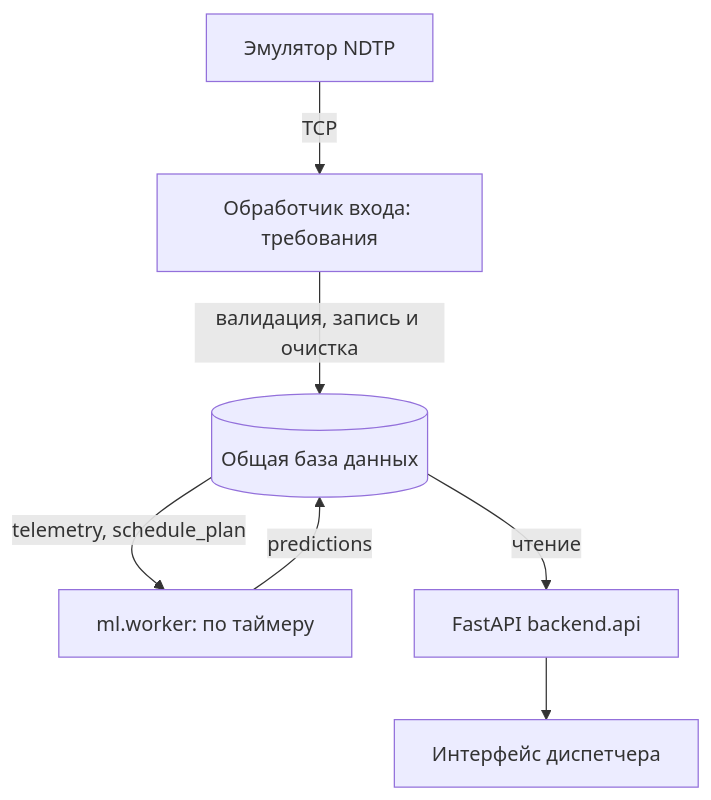
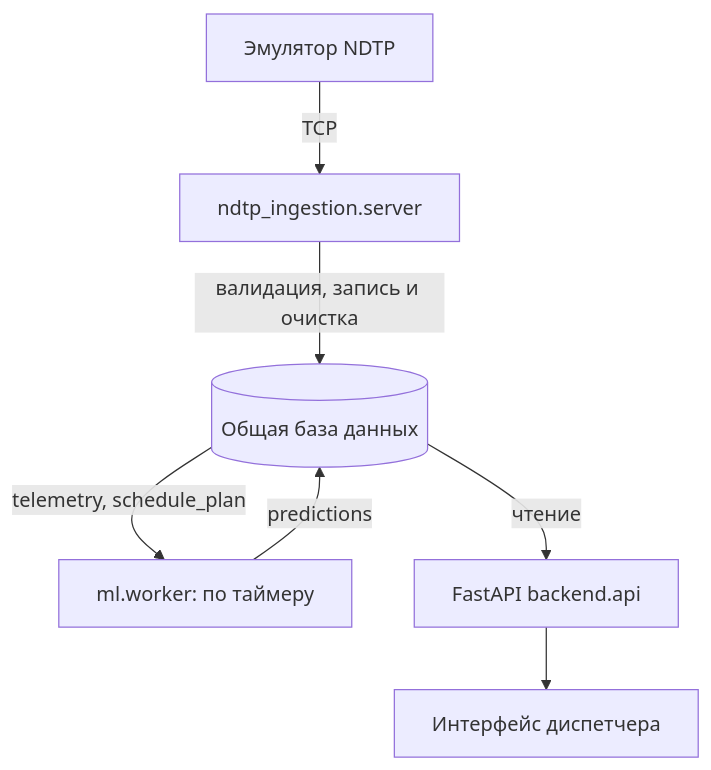
Before and after one commit to valentinesvev/delay_prediction_platform: the diagram in README.md, drawn with Mermaid. The commit also changed other lines of this file and 23 other files, not shown here.

````diff
--- a/README.md
+++ b/README.md
@@ -7,9 +7,9 @@
 ```mermaid
 flowchart TB
-    E["Эмулятор NDTP"] -->|TCP| I["Обработчик входа: требования"]
+    E["Эмулятор NDTP"] -->|TCP| I["ndtp_ingestion.server"]
     I -->|валидация, запись и очистка| DB[("Общая база данных")]
     DB -->|"telemetry, schedule_plan"| W["ml.worker: по таймеру"]
     W -->|"predictions"| DB
     DB -->|чтение| A["FastAPI backend.api"]
     A --> UI["Интерфейс диспетчера"]
 ```
````
